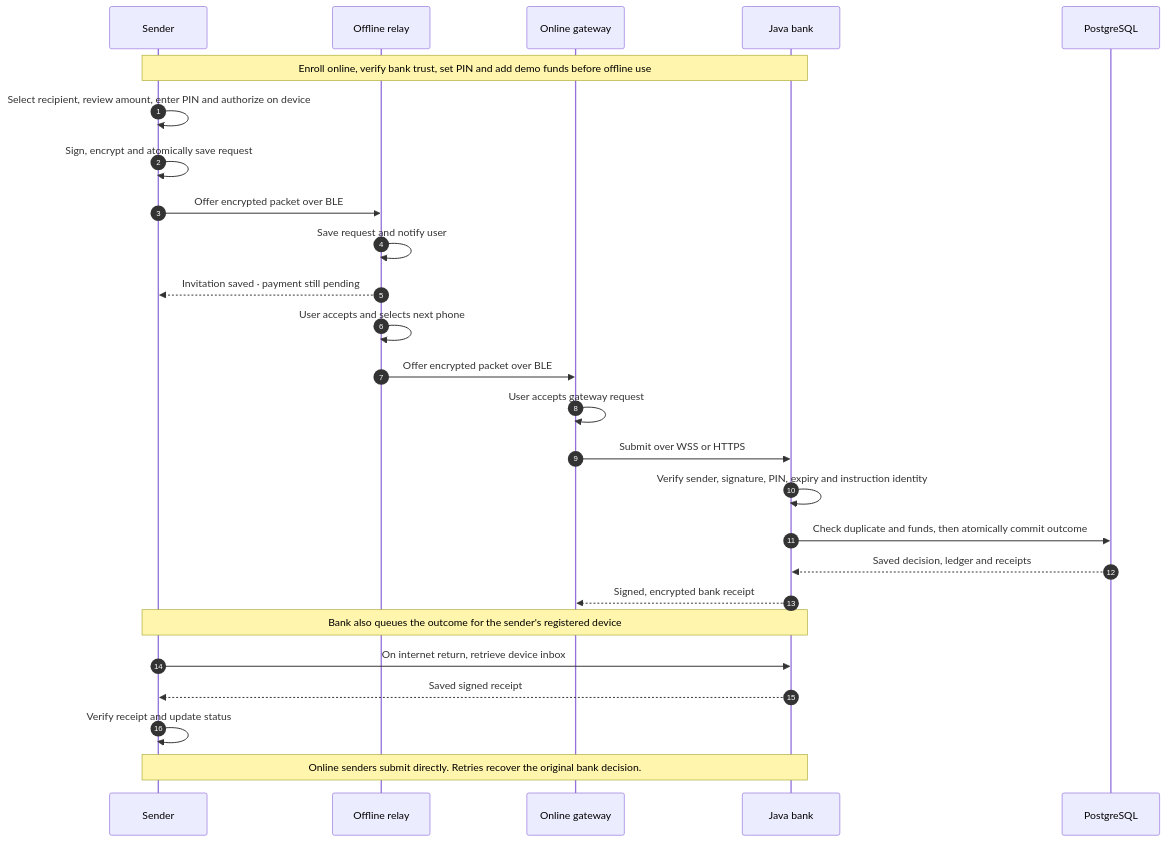
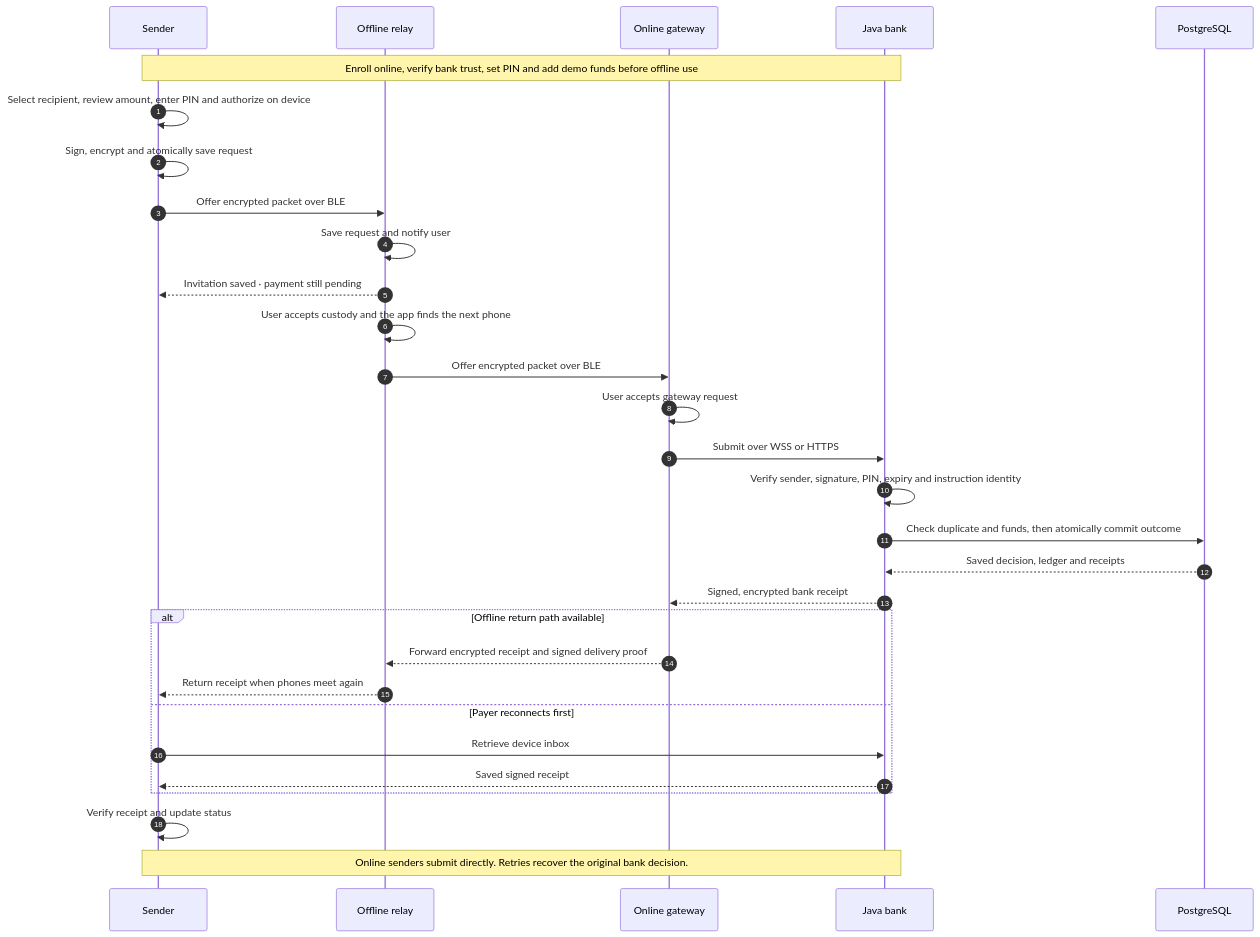
Before and after one commit to Shikharyadav25/BeyondNet: the second of 2 diagrams in README.md, drawn with Mermaid. The commit also changed other lines of this file and 7 other files, not shown here.

````diff
--- a/README.md
+++ b/README.md
@@ -60,28 +61,32 @@
 ```mermaid
 sequenceDiagram
     autonumber
     participant P as Sender
     participant R as Offline relay
     participant G as Online gateway
     participant B as Java bank
     participant D as PostgreSQL
     Note over P,B: Enroll online, verify bank trust, set PIN and add demo funds before offline use
     P->>P: Select recipient, review amount, enter PIN and authorize on device
     P->>P: Sign, encrypt and atomically save request
     P->>R: Offer encrypted packet over BLE
     R->>R: Save request and notify user
     R-->>P: Invitation saved · payment still pending
-    R->>R: User accepts and selects next phone
+    R->>R: User accepts custody and the app finds the next phone
     R->>G: Offer encrypted packet over BLE
     G->>G: User accepts gateway request
     G->>B: Submit over WSS or HTTPS
     B->>B: Verify sender, signature, PIN, expiry and instruction identity
     B->>D: Check duplicate and funds, then atomically commit outcome
     D-->>B: Saved decision, ledger and receipts
     B-->>G: Signed, encrypted bank receipt
-    Note over P,B: Bank also queues the outcome for the sender's registered device
-    P->>B: On internet return, retrieve device inbox
-    B-->>P: Saved signed receipt
+    alt Offline return path available
+        G-->>R: Forward encrypted receipt and signed delivery proof
+        R-->>P: Return receipt when phones meet again
+    else Payer reconnects first
+        P->>B: Retrieve device inbox
+        B-->>P: Saved signed receipt
+    end
     P->>P: Verify receipt and update status
     Note over P,B: Online senders submit directly. Retries recover the original bank decision.
 ```
````
